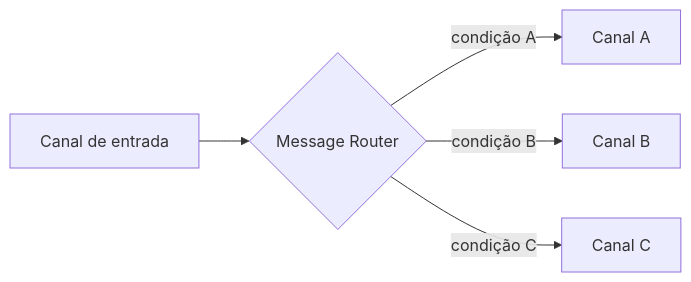
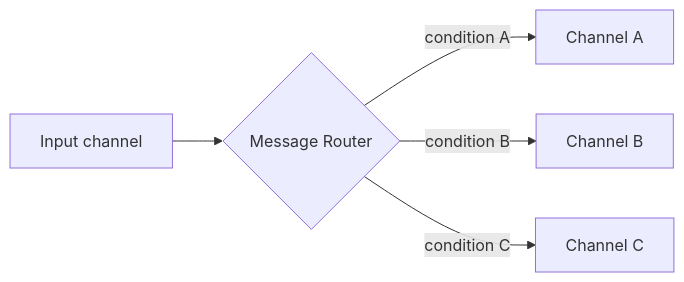
The diagram in docs/architecture/eip/message-routing/message-router.md (alancesar/design-patterns), drawn with Mermaid before and after one commit. The commit also changed 258 other files, not shown here.

First line of the commit message:
Translate Mermaid diagrams to English

````diff
--- a/docs/architecture/eip/message-routing/message-router.md
+++ b/docs/architecture/eip/message-routing/message-router.md
@@ -52,7 +52,7 @@
 ```mermaid
 flowchart LR
-    IN["Canal de entrada"] --> R{"Message Router"}
-    R -->|"condição A"| A["Canal A"]
-    R -->|"condição B"| B["Canal B"]
-    R -->|"condição C"| C["Canal C"]
+    IN["Input channel"] --> R{"Message Router"}
+    R -->|"condition A"| A["Channel A"]
+    R -->|"condition B"| B["Channel B"]
+    R -->|"condition C"| C["Channel C"]
 ```
````
